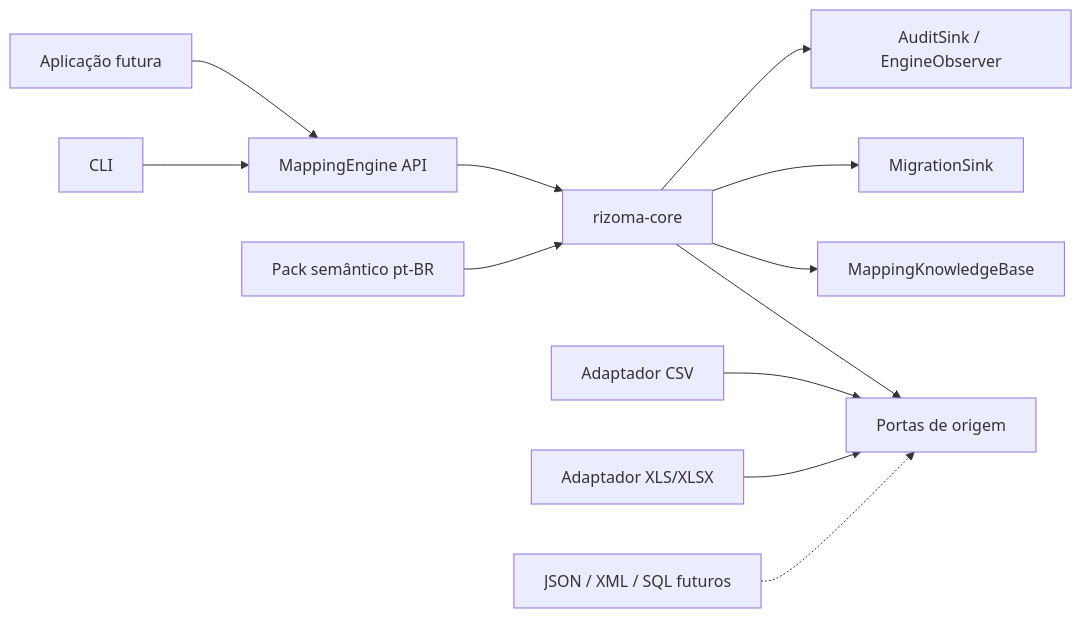
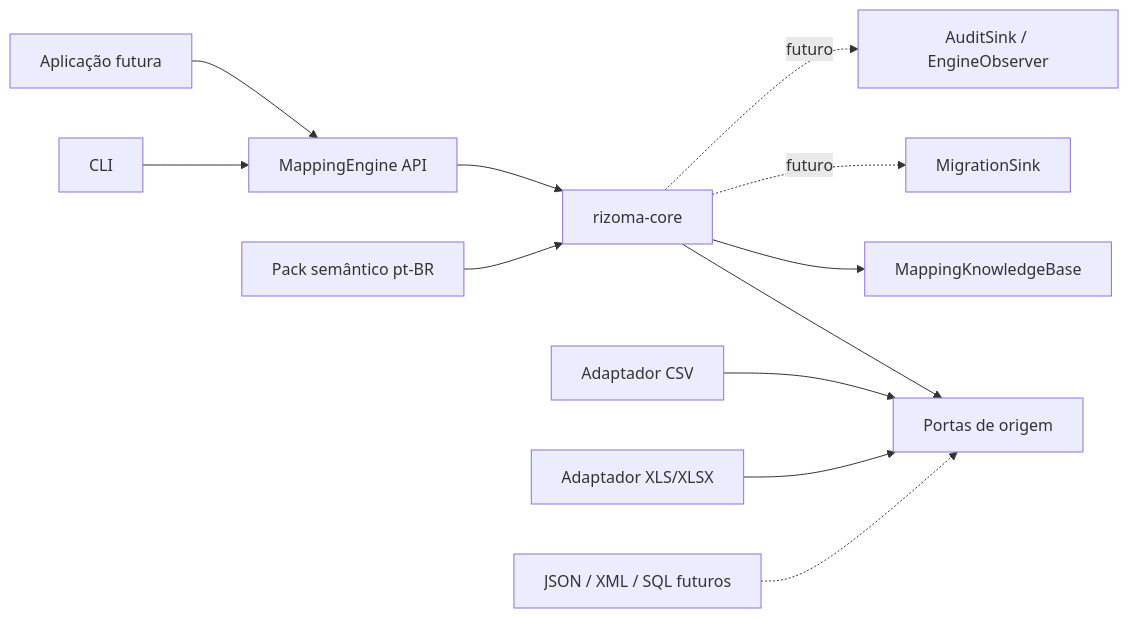
One commit to felipemacedo1/rizoma changed the first of 3 diagrams in docs/architecture/TECHNICAL_SPECIFICATION.md. Above: the diagram before and after it, drawn with Mermaid. The commit also changed other lines of this file and 53 other files, not shown here.

````diff
--- a/docs/architecture/TECHNICAL_SPECIFICATION.md
+++ b/docs/architecture/TECHNICAL_SPECIFICATION.md
@@ -156,14 +156,14 @@
 ```mermaid
 flowchart LR
     CLI[CLI] --> API[MappingEngine API]
     APP[Aplicação futura] --> API
     API --> CORE[rizoma-core]
     CORE --> SOURCE[Portas de origem]
     CORE --> KB[MappingKnowledgeBase]
-    CORE --> SINK[MigrationSink]
-    CORE --> OBS[AuditSink / EngineObserver]
+    CORE -. futuro .-> SINK[MigrationSink]
+    CORE -. futuro .-> OBS[AuditSink / EngineObserver]
     CSV[Adaptador CSV] --> SOURCE
     EXCEL[Adaptador XLS/XLSX] --> SOURCE
     FUTURE[JSON / XML / SQL futuros] -.-> SOURCE
     PTBR[Pack semântico pt-BR] --> CORE
 ```
````
